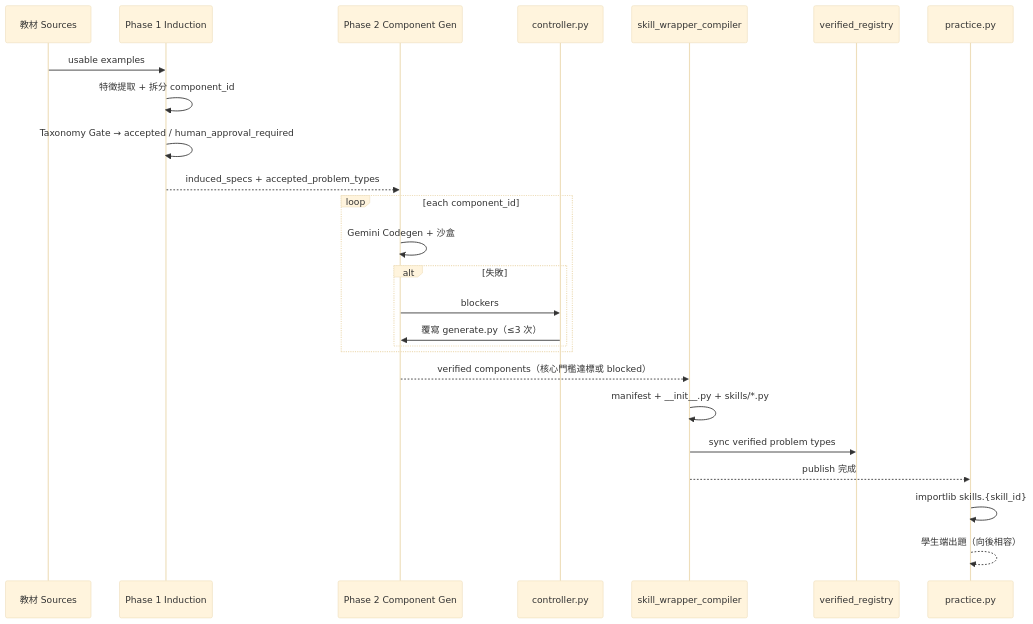
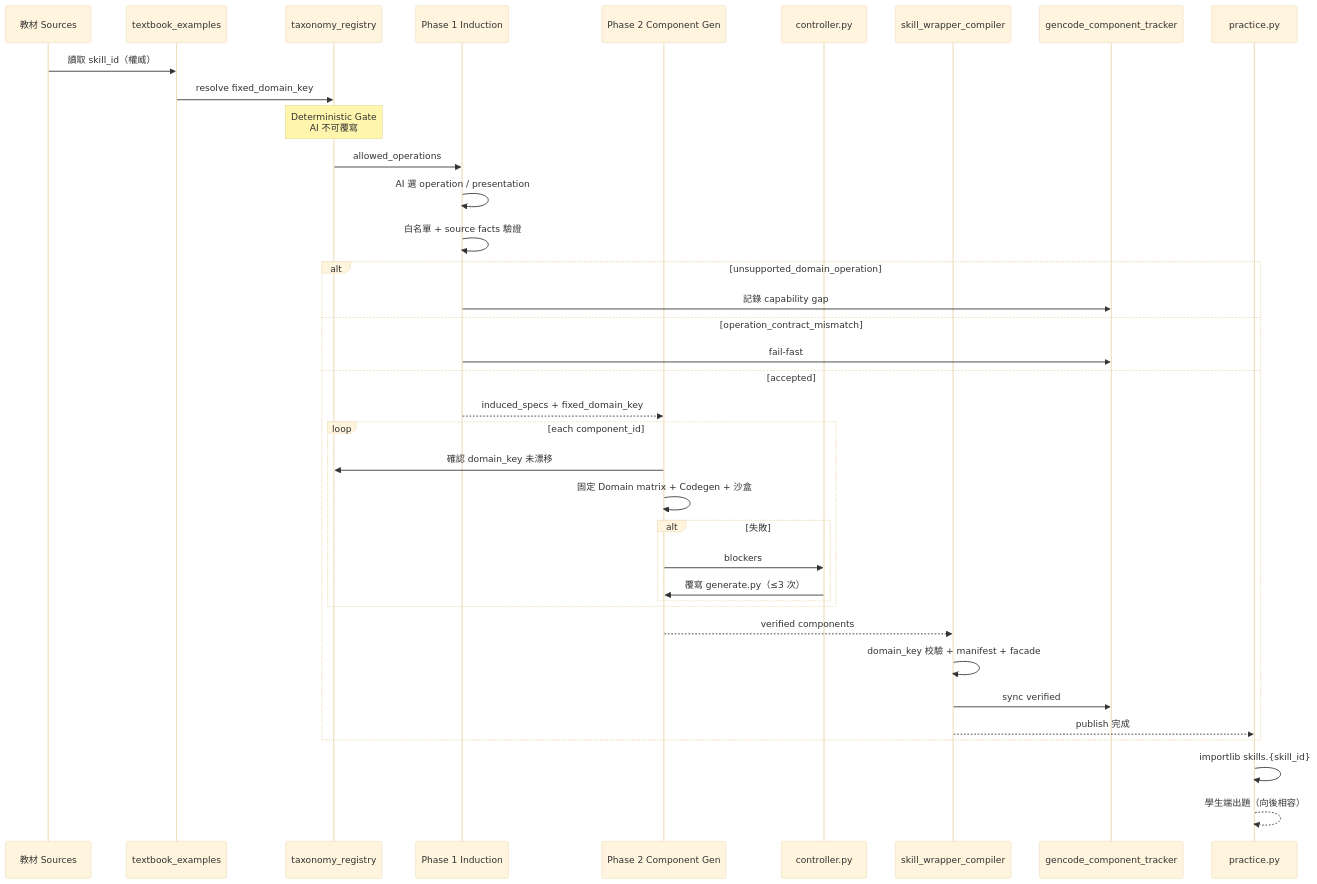
The tenth of 11 diagrams in docs/系統SOP/Gencode_AgentSkillV3整合/SOP_Gencode_AgentSkillV3_PipelineFlow.md (yyfsunnyboy/Mathproject_tvet_mathB), drawn with Mermaid (base theme) before and after one commit. The commit also changed other lines of this file and 173 other files, not shown here.

````diff
--- a/docs/系統SOP/Gencode_AgentSkillV3整合/SOP_Gencode_AgentSkillV3_PipelineFlow.md
+++ b/docs/系統SOP/Gencode_AgentSkillV3整合/SOP_Gencode_AgentSkillV3_PipelineFlow.md
@@ -712,31 +771,41 @@
 ```mermaid
 sequenceDiagram
     participant SRC as 教材 Sources
+    participant DB as textbook_examples
+    participant REG as taxonomy_registry
     participant P1 as Phase 1 Induction
     participant P2 as Phase 2 Component Gen
     participant CTRL as controller.py
     participant P3 as skill_wrapper_compiler
-    participant REG as verified_registry
+    participant TRK as gencode_component_tracker
     participant WEB as practice.py
 
-    SRC->>P1: usable examples
-    P1->>P1: 特徵提取 + 拆分 component_id
-    P1->>P1: Taxonomy Gate → accepted / human_approval_required
-    P1-->>P2: induced_specs + accepted_problem_types
-
-    loop each component_id
-        P2->>P2: Gemini Codegen + 沙盒
-        alt 失敗
-            P2->>CTRL: blockers
-            CTRL->>P2: 覆寫 generate.py（≤3 次）
+    SRC->>DB: 讀取 skill_id（權威）
+    DB->>REG: resolve fixed_domain_key
+    Note over REG: Deterministic Gate<br/>AI 不可覆寫
+    REG->>P1: allowed_operations
+    P1->>P1: AI 選 operation / presentation
+    P1->>P1: 白名單 + source facts 驗證
+    alt unsupported_domain_operation
+        P1->>TRK: 記錄 capability gap
+    else operation_contract_mismatch
+        P1->>TRK: fail-fast
+    else accepted
+        P1-->>P2: induced_specs + fixed_domain_key
+        loop each component_id
+            P2->>REG: 確認 domain_key 未漂移
+            P2->>P2: 固定 Domain matrix + Codegen + 沙盒
+            alt 失敗
+                P2->>CTRL: blockers
+                CTRL->>P2: 覆寫 generate.py（≤3 次）
+            end
         end
+        P2-->>P3: verified components
+        P3->>P3: domain_key 校驗 + manifest + facade
+        P3->>TRK: sync verified
+        P3-->>WEB: publish 完成
     end
-    P2-->>P3: verified components（核心門檻達標或 blocked）
-
-    P3->>P3: manifest + __init__.py + skills/*.py
-    P3->>REG: sync verified problem types
-  P3-->>WEB: publish 完成
 
     WEB->>WEB: importlib skills.{skill_id}
     WEB-->>WEB: 學生端出題（向後相容）
 ```
````
